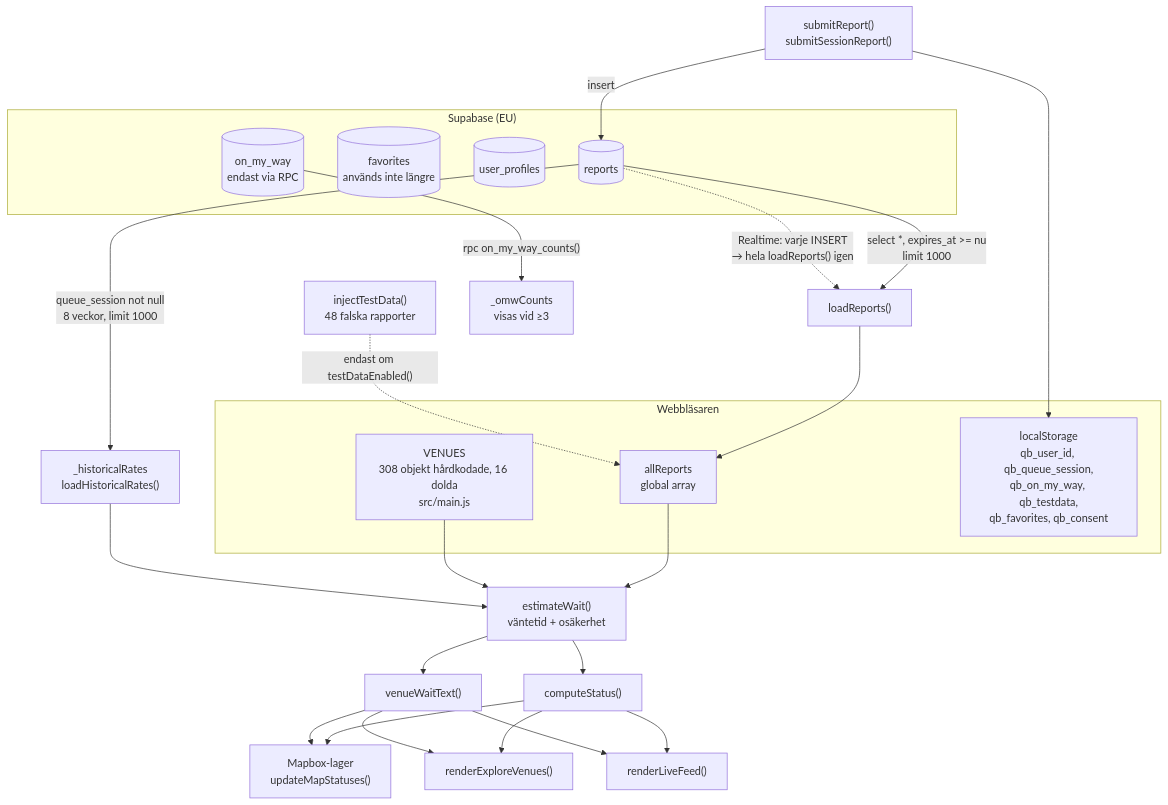
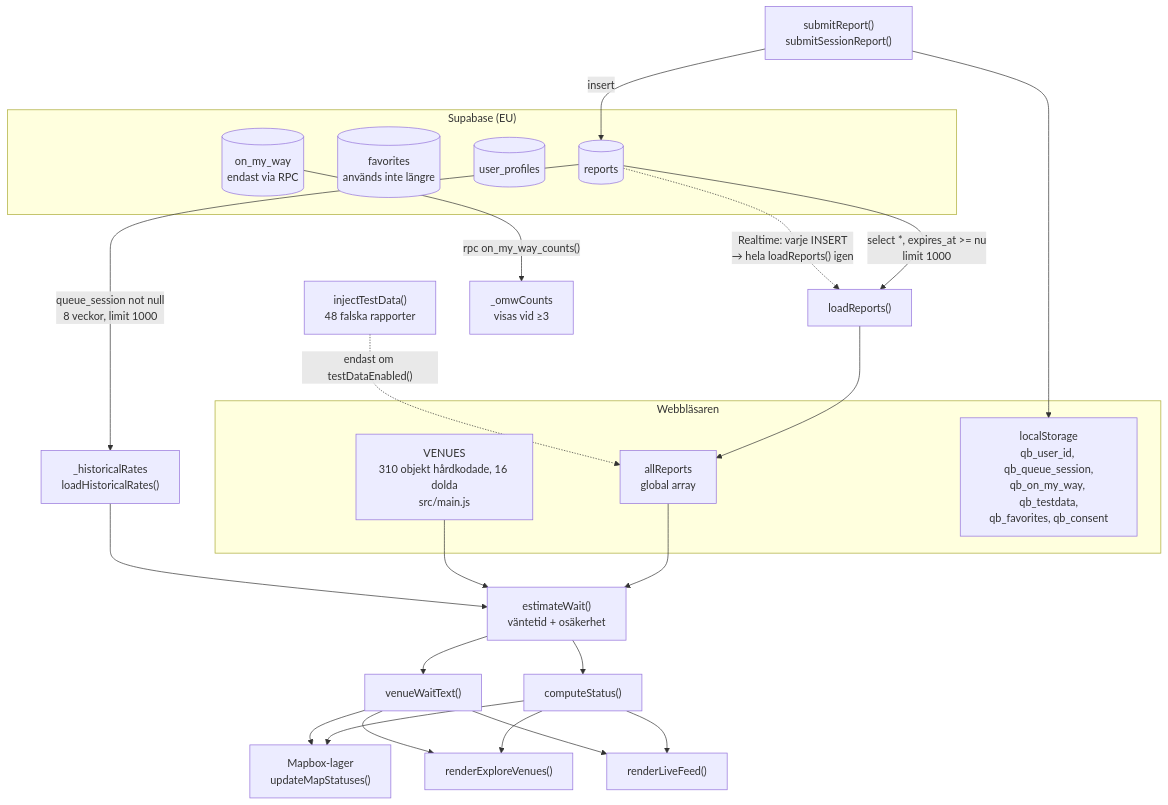
Before and after one commit to faisuseng3-dotcom/Anchor: the diagram in docs/ARCHITECTURE.md, drawn with Mermaid. The commit also changed other lines of this file and 11 other files, not shown here.

````diff
--- a/docs/ARCHITECTURE.md
+++ b/docs/ARCHITECTURE.md
@@ -120,39 +120,39 @@
 ```mermaid
 flowchart TD
     subgraph Klient["Webbläsaren"]
-        VENUES["VENUES<br/>308 objekt hårdkodade, 16 dolda<br/>src/main.js"]
+        VENUES["VENUES<br/>310 objekt hårdkodade, 16 dolda<br/>src/main.js"]
         AR["allReports<br/>global array"]
         LS["localStorage<br/>qb_user_id, qb_queue_session,<br/>qb_on_my_way, qb_testdata,<br/>qb_favorites, qb_consent"]
     end
 
     subgraph DB["Supabase (EU)"]
         REPORTS[("reports")]
         FAV[("favorites<br/>används inte längre")]
         PROF[("user_profiles")]
         OMW[("on_my_way<br/>endast via RPC")]
     end
 
     REPORTS -->|"select *, expires_at >= nu<br/>limit 1000"| LR["loadReports()"]
     LR --> AR
     TD["injectTestData()<br/>48 falska rapporter"] -.->|"endast om testDataEnabled()"| AR
 
     AR --> EW["estimateWait()<br/>väntetid + osäkerhet"]
     VENUES --> EW
     HR["_historicalRates<br/>loadHistoricalRates()"] --> EW
     REPORTS -->|"queue_session not null<br/>8 veckor, limit 1000"| HR
 
     EW --> CS["computeStatus()"]
     EW --> VWT["venueWaitText()"]
 
     CS --> MAP["Mapbox-lager<br/>updateMapStatuses()"]
     VWT --> MAP
     CS --> EXP["renderExploreVenues()"]
     VWT --> EXP
     CS --> LIVE["renderLiveFeed()"]
     VWT --> LIVE
 
     RPT["submitReport()<br/>submitSessionReport()"] -->|insert| REPORTS
     RPT --> LS
     REPORTS -.->|"Realtime: varje INSERT<br/>→ hela loadReports() igen"| LR
     OMW -->|"rpc on_my_way_counts()"| OMWC["_omwCounts<br/>visas vid ≥3"]
 ```
````
